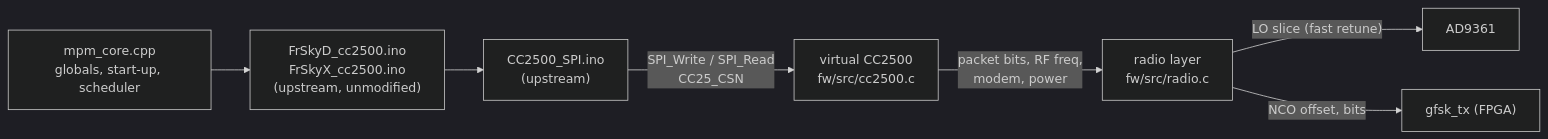
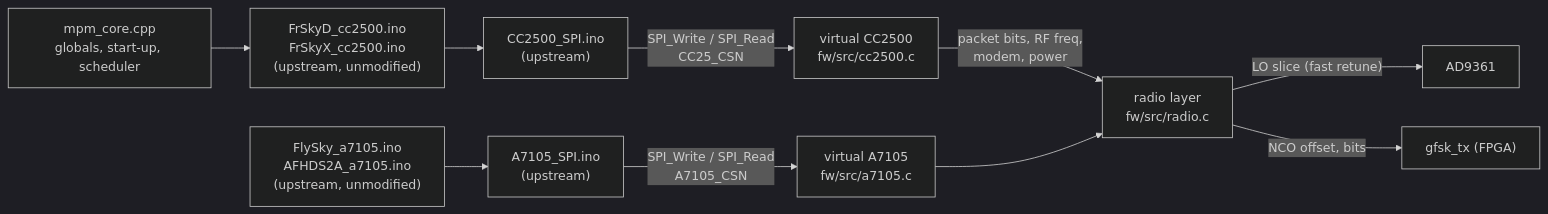
Before and after one commit to mynameisvaro/libresdr-multitx: the diagram in docs/multiprotocol.md, drawn with Mermaid (dark theme). The commit also changed other lines of this file and 2 other files, not shown here.

First line of the commit message:
Docs: virtual A7105, FlySky tools and the home test steps

````diff
--- a/docs/multiprotocol.md
+++ b/docs/multiprotocol.md
@@ -7,9 +7,12 @@
 ```mermaid
 flowchart LR
   proto["FrSkyD_cc2500.ino<br/>FrSkyX_cc2500.ino<br/>(upstream, unmodified)"] --> spi["CC2500_SPI.ino<br/>(upstream)"]
   spi -->|"SPI_Write / SPI_Read<br/>CC25_CSN"| vchip["virtual CC2500<br/>fw/src/cc2500.c"]
   vchip -->|"packet bits, RF freq,<br/>modem, power"| radio["radio layer<br/>fw/src/radio.c"]
+  fproto["FlySky_a7105.ino<br/>AFHDS2A_a7105.ino<br/>(upstream, unmodified)"] --> aspi["A7105_SPI.ino<br/>(upstream)"]
+  aspi -->|"SPI_Write / SPI_Read<br/>A7105_CSN"| achip["virtual A7105<br/>fw/src/a7105.c"]
+  achip --> radio
   radio -->|"LO slice (fast retune)"| ad["AD9361"]
   radio -->|"NCO offset, bits"| gt["gfsk_tx (FPGA)"]
   core["mpm_core.cpp<br/>globals, start-up, scheduler"] --> proto
 ```
````
